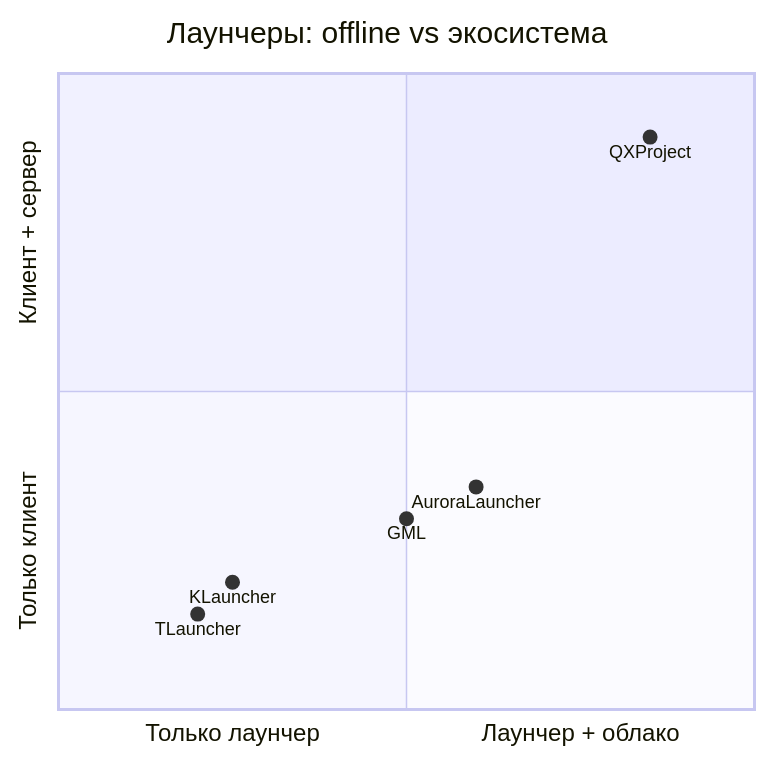
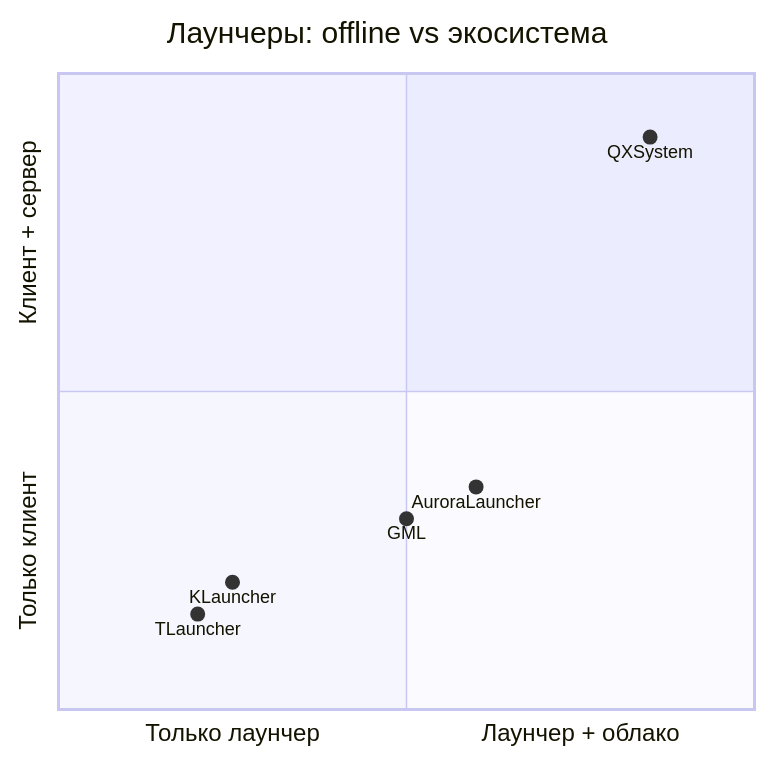
Diagram 16 of 16 in docs/architecture.md (mindevis/qx-project), drawn with Mermaid before and after one commit. The commit also changed other lines of this file and 259 other files, not shown here.

````diff
--- a/docs/architecture.md
+++ b/docs/architecture.md
@@ -1472,11 +1472,11 @@
 ```mermaid
 quadrantChart
     title Лаунчеры: offline vs экосистема
     x-axis Только лаунчер --> Лаунчер + облако
     y-axis Только клиент --> Клиент + сервер
     TLauncher: [0.2, 0.15]
     KLauncher: [0.25, 0.2]
     GML: [0.5, 0.3]
     AuroraLauncher: [0.6, 0.35]
-    QXProject: [0.85, 0.9]
+    QXSystem: [0.85, 0.9]
 ```
````
